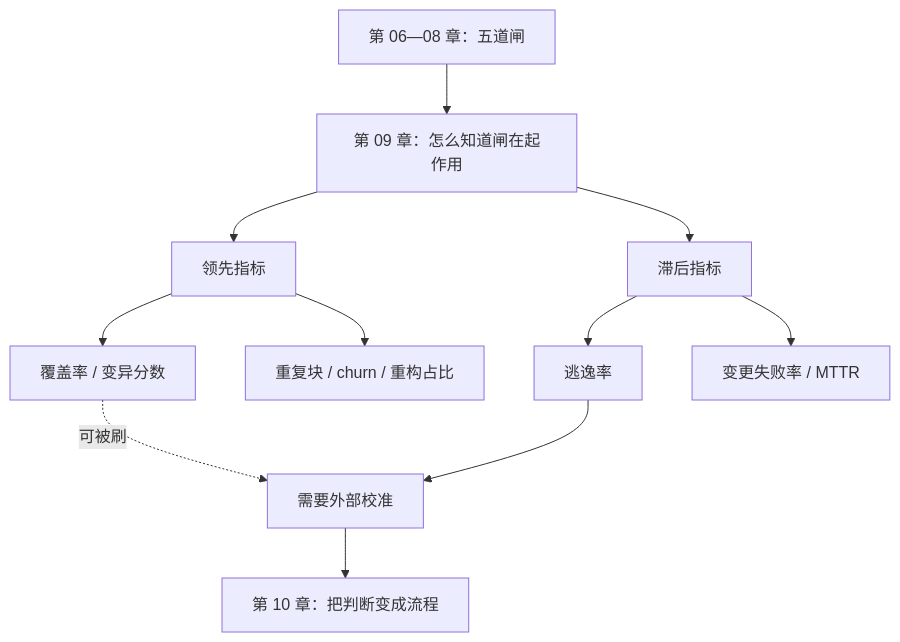
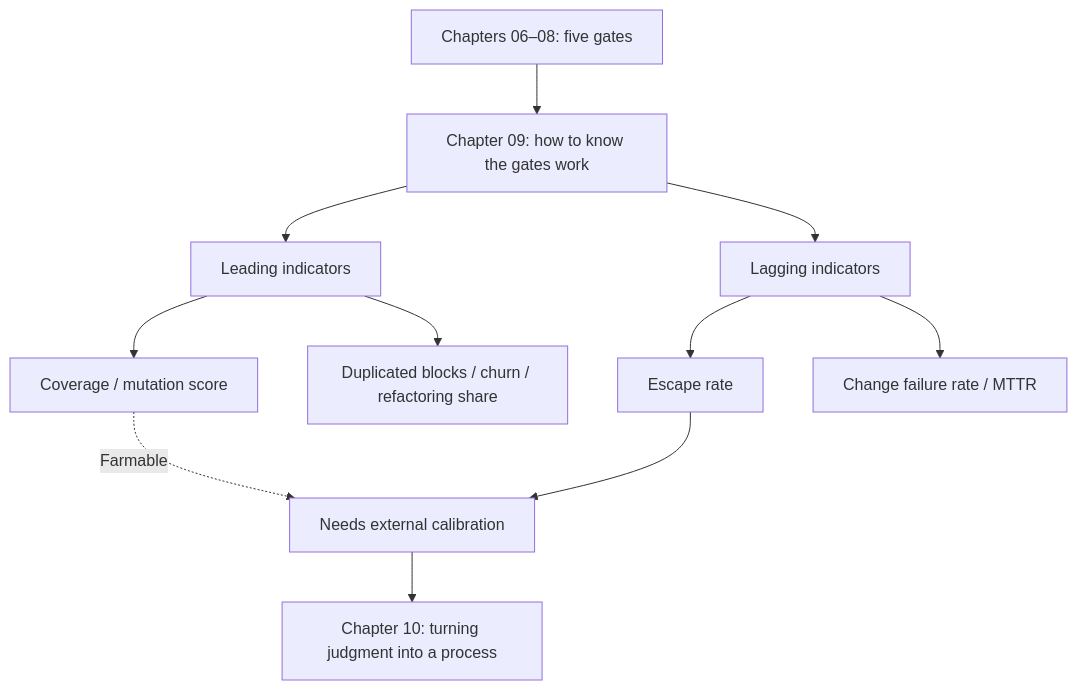
The diagram in phase3/chapters/ch09-metrics.md (xzlxiao/vibe-coding-textbook), drawn with Mermaid before and after one commit. The commit also changed 12 other files, not shown here.

````diff
--- a/phase3/chapters/ch09-metrics.md
+++ b/phase3/chapters/ch09-metrics.md
@@ -218,13 +218,13 @@
 ```mermaid
 flowchart TD
-    A["第 06—08 章：五道闸"] --> B["第 09 章：怎么知道闸在起作用"]
-    B --> C["领先指标"]
-    B --> D["滞后指标"]
-    C --> C1["覆盖率 / 变异分数"]
-    C --> C2["重复块 / churn / 重构占比"]
-    D --> D1["逃逸率"]
-    D --> D2["变更失败率 / MTTR"]
-    C1 -.->|"可被刷"| E["需要外部校准"]
+    A["Chapters 06–08: five gates"] --> B["Chapter 09: how to know the gates work"]
+    B --> C["Leading indicators"]
+    B --> D["Lagging indicators"]
+    C --> C1["Coverage / mutation score"]
+    C --> C2["Duplicated blocks / churn / refactoring share"]
+    D --> D1["Escape rate"]
+    D --> D2["Change failure rate / MTTR"]
+    C1 -.->|"Farmable"| E["Needs external calibration"]
     D1 --> E
-    E --> F["第 10 章：把判断变成流程"]
+    E --> F["Chapter 10: turning judgment into a process"]
 ```
````
